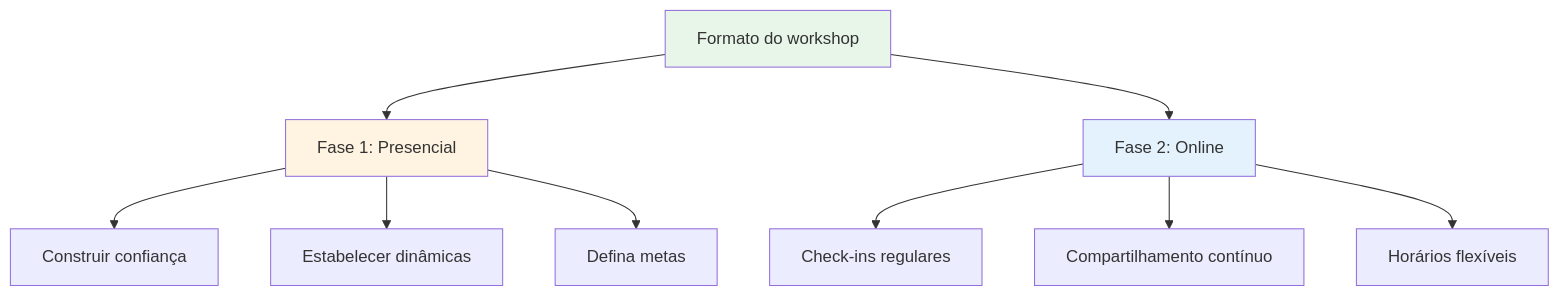
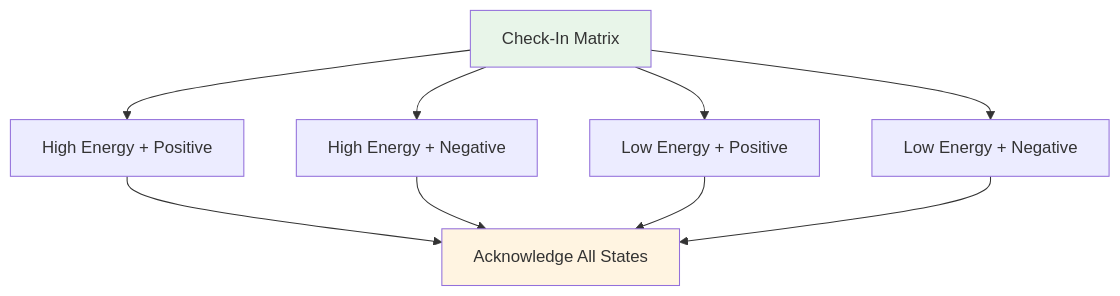
Before and after one commit to patwii/petanque-academy: the third of 4 diagrams in docs/pt/workshop.md, drawn with Mermaid. The commit also changed other lines of this file and 259 other files, not shown here.

````diff
--- a/docs/pt/workshop.md
+++ b/docs/pt/workshop.md
@@ -39,17 +132,15 @@
 ```mermaid
 graph TD
-    A[Formato do workshop] --> B[Fase 1: Presencial]
-    A --> C[Fase 2: Online]
+    A[Check-In Matrix] --> B[High Energy + Positive]
+    A --> C[High Energy + Negative]
+    A --> D[Low Energy + Positive]
+    A --> E[Low Energy + Negative]
 
-    B --> D[Construir confiança]
-    B --> E[Estabelecer dinâmicas]
-    B --> F[Defina metas]
-
-    C --> G[Check-ins regulares]
-    C --> H[Compartilhamento contínuo]
-    C --> I[Horários flexíveis]
+    B --> F[Acknowledge All States]
+    C --> F
+    D --> F
+    E --> F
 
     style A fill:#e8f5e9
-    style B fill:#fff4e1
-    style C fill:#e3f2fd
+    style F fill:#fff4e1
 ```
````
